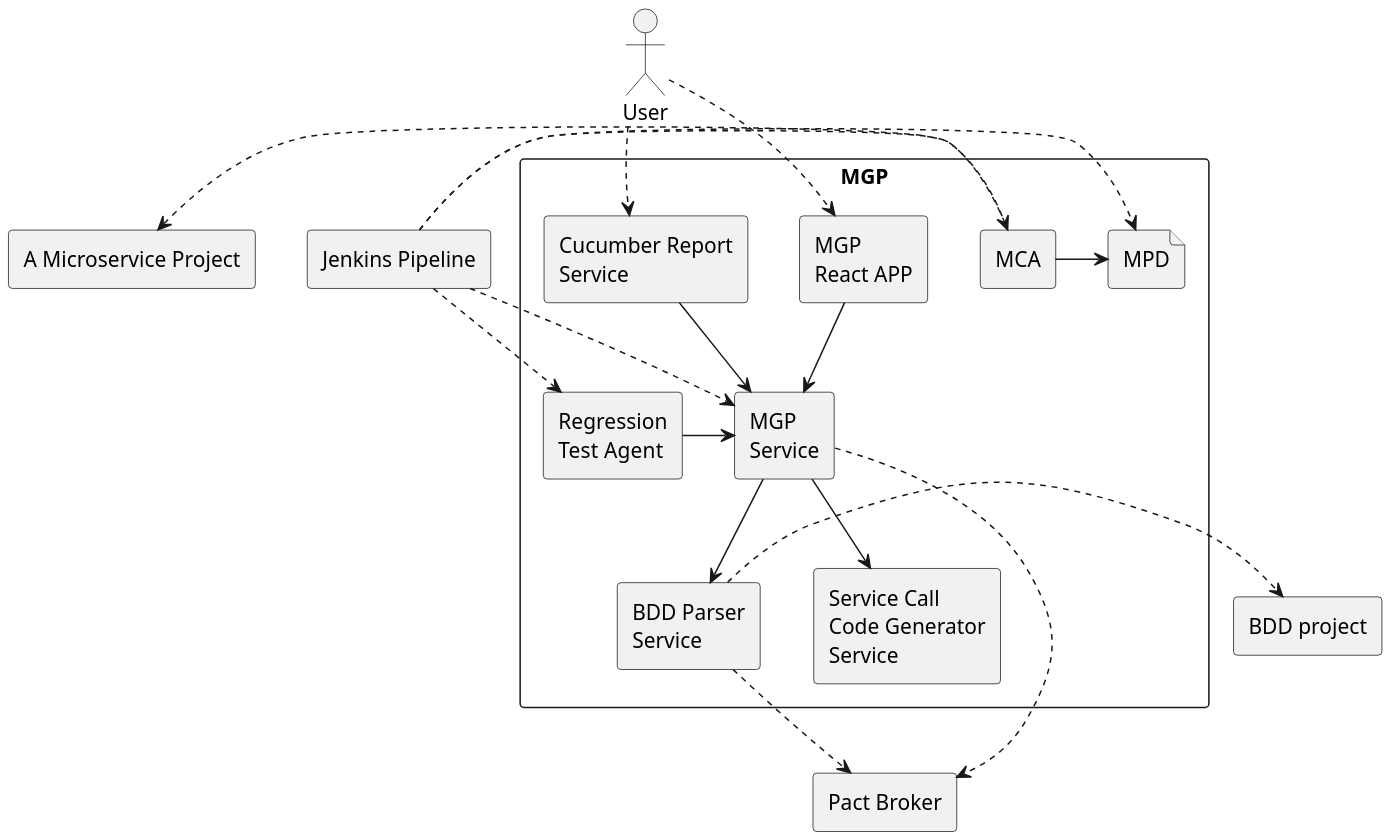
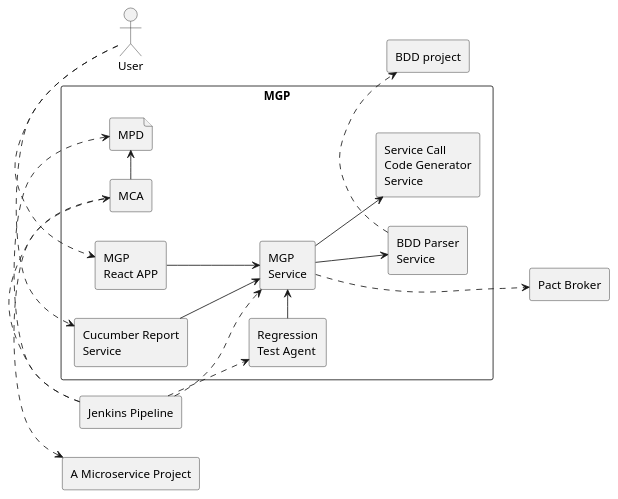
One commit to b4456609/mgp-back changed the diagram in diagram/system.puml. Above: the diagram before and after it, drawn with PlantUML. The commit also changed 2 other files, not shown here.

```diff
--- a/diagram/system.puml
+++ b/diagram/system.puml
@@ -1,41 +1,40 @@
 @startuml
-scale 1.8
+'scale 1.8
+left to right direction
 rectangle "A Microservice Project" as mp
 rectangle "Jenkins Pipeline" as jp
 rectangle "BDD project" as bp
 rectangle "Pact Broker" as pb
 actor User as user
 
 rectangle "MGP" as t {
 	rectangle "Regression\nTest Agent" as ta
 	rectangle "MCA" as mca
 	rectangle "MGP\nReact APP"as mgpa
 	rectangle "MGP\nService"as mgp
 	rectangle "BDD Parser\nService" as uatp
 	rectangle "Service Call\nCode Generator\nService" as d
 	rectangle "Cucumber Report\nService" as crs
 
 	file "MPD" as mpd
 
 	mca -r-> mpd
 	mgp -d-> uatp
 	mgp -d-> d
 	mgpa -d-> mgp
 	crs -d-> mgp
 	ta -> mgp
 }
 
 jp.>ta
 jp.>mpd
 mca .l.> mp
 jp .> mca
 jp .> mgp
 uatp .> bp
 mgp .> pb
 user .> mgpa
-user .[hidden].> crs
 user .> crs
-
-uatp .d.> pb
+uatp .[hidden]d.> pb
 
 @enduml
```
